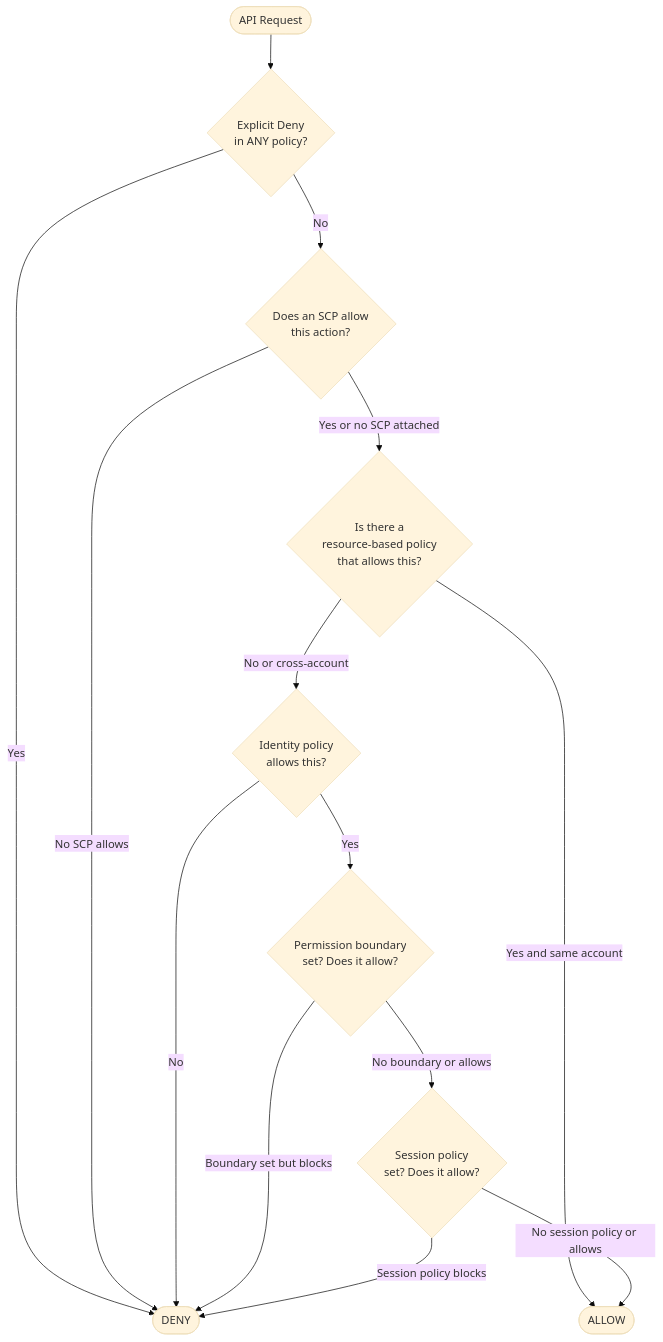
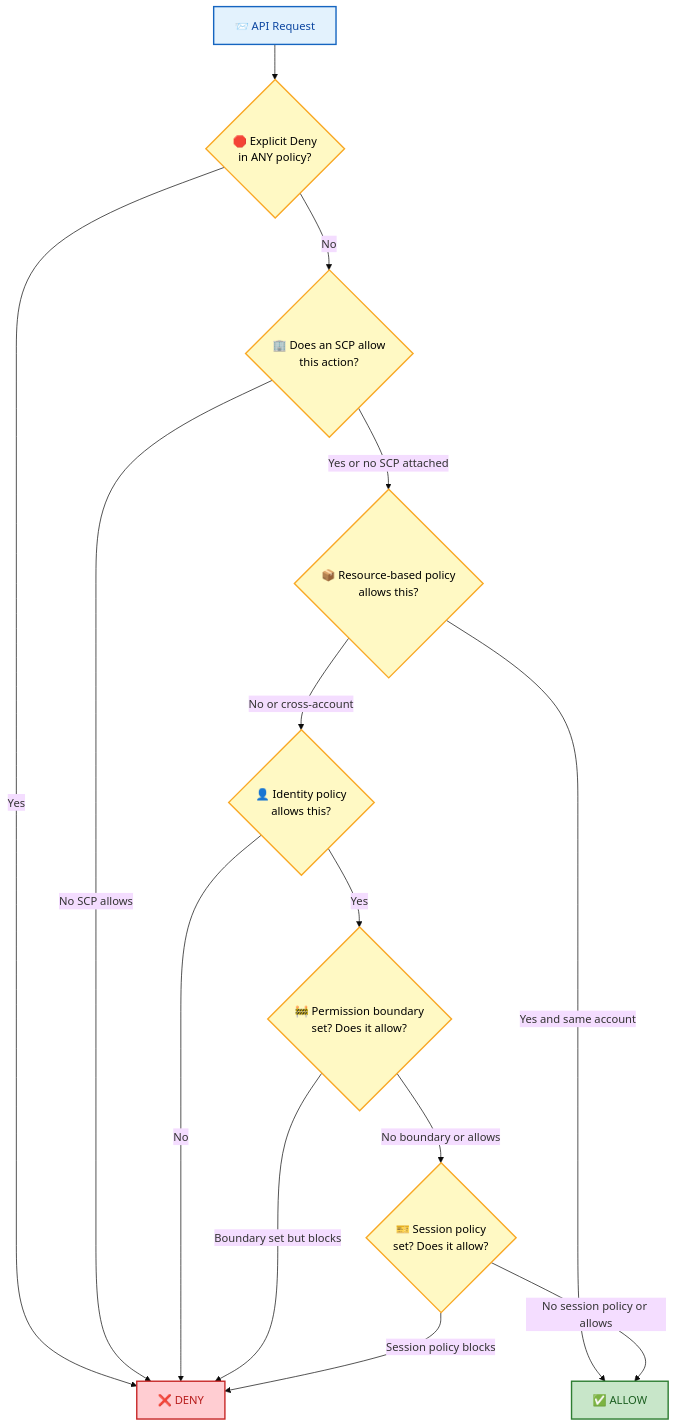
Before and after one commit to rakesh-budde/devops-guide: the sixth of 11 diagrams in aws/02-IAM.md, drawn with Mermaid (base theme). The commit also changed other lines of this file and 73 other files, not shown here.

````diff
--- a/aws/02-IAM.md
+++ b/aws/02-IAM.md
@@ -473,16 +613,27 @@
 ```mermaid
 flowchart TD
-    Start([API Request]) --> ExplicitDeny{Explicit Deny<br/>in ANY policy?}
-    ExplicitDeny -->|Yes| Deny([DENY])
-    ExplicitDeny -->|No| OrgSCP{Does an SCP allow<br/>this action?}
-    OrgSCP -->|No SCP allows| Deny
-    OrgSCP -->|Yes or no SCP attached| ResourceBased{Is there a<br/>resource-based policy<br/>that allows this?}
-    ResourceBased -->|Yes and same account| Allow([ALLOW])
-    ResourceBased -->|No or cross-account| IdentityPolicy{Identity policy<br/>allows this?}
-    IdentityPolicy -->|No| Deny
-    IdentityPolicy -->|Yes| Boundary{Permission boundary<br/>set? Does it allow?}
-    Boundary -->|Boundary set but blocks| Deny
-    Boundary -->|No boundary or allows| SessionPolicy{Session policy<br/>set? Does it allow?}
-    SessionPolicy -->|Session policy blocks| Deny
-    SessionPolicy -->|No session policy or allows| Allow
+    Start["📨 API Request"] --> ExplicitDeny{"🛑 Explicit Deny<br/>in ANY policy?"}
+    ExplicitDeny -->|"Yes"| Deny["❌ DENY"]
+    ExplicitDeny -->|"No"| OrgSCP{"🏢 Does an SCP allow<br/>this action?"}
+    OrgSCP -->|"No SCP allows"| Deny
+    OrgSCP -->|"Yes or no SCP attached"| ResourceBased{"📦 Resource-based policy<br/>allows this?"}
+    ResourceBased -->|"Yes and same account"| Allow["✅ ALLOW"]
+    ResourceBased -->|"No or cross-account"| IdentityPolicy{"👤 Identity policy<br/>allows this?"}
+    IdentityPolicy -->|"No"| Deny
+    IdentityPolicy -->|"Yes"| Boundary{"🚧 Permission boundary<br/>set? Does it allow?"}
+    Boundary -->|"Boundary set but blocks"| Deny
+    Boundary -->|"No boundary or allows"| SessionPolicy{"🎫 Session policy<br/>set? Does it allow?"}
+    SessionPolicy -->|"Session policy blocks"| Deny
+    SessionPolicy -->|"No session policy or allows"| Allow
+
+    classDef start fill:#e3f2fd,stroke:#1565c0,color:#0d47a1,stroke-width:2px;
+    classDef proc fill:#fff9c4,stroke:#f9a825,color:#000,stroke-width:2px;
+    classDef good fill:#c8e6c9,stroke:#2e7d32,color:#1b5e20,stroke-width:2px;
+    classDef bad fill:#ffcdd2,stroke:#c62828,color:#b71c1c,stroke-width:2px;
+    classDef ctrl fill:#e1bee7,stroke:#6a1b9a,color:#4a148c,stroke-width:2px;
+    classDef store fill:#ffe0b2,stroke:#e65100,color:#000,stroke-width:2px;
+    class Start start;
+    class ExplicitDeny,OrgSCP,ResourceBased,IdentityPolicy,Boundary,SessionPolicy proc;
+    class Allow good;
+    class Deny bad;
 ```
````
